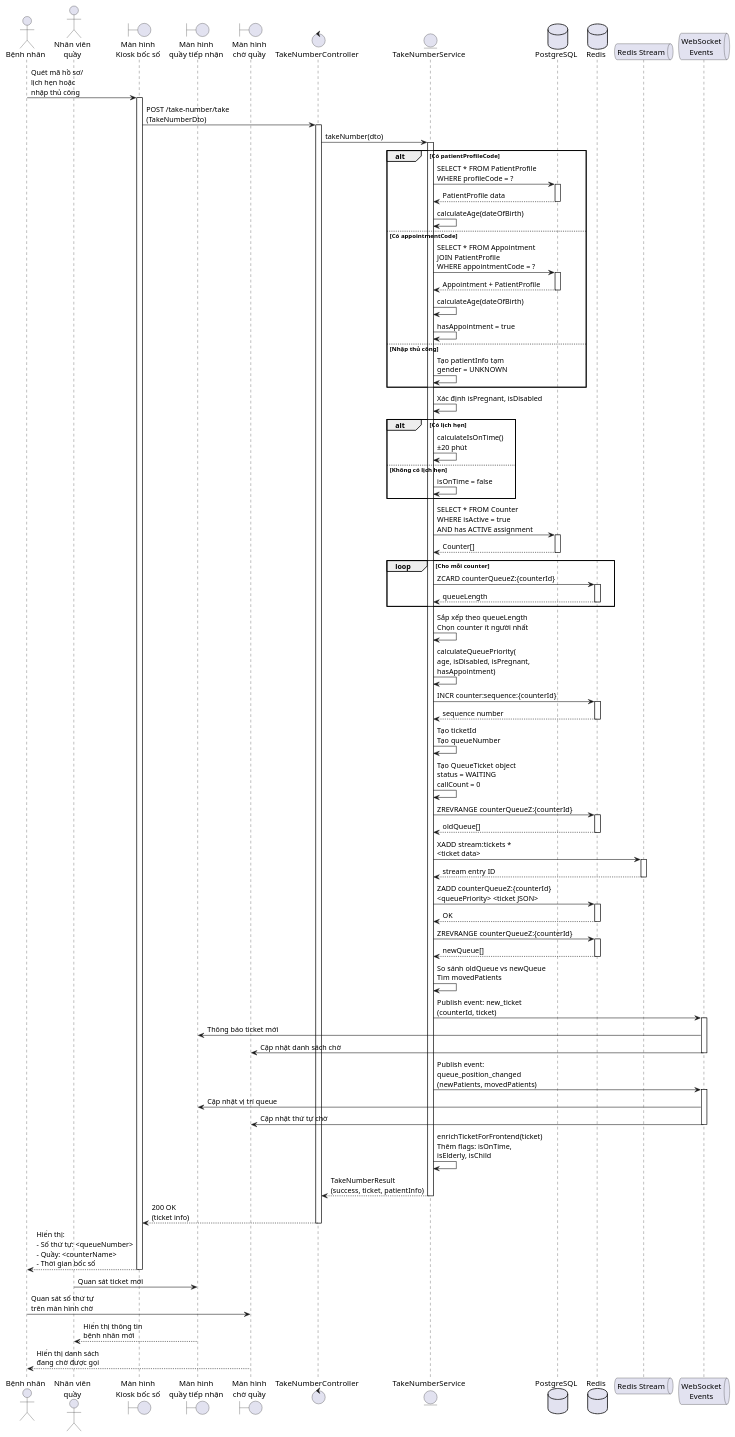
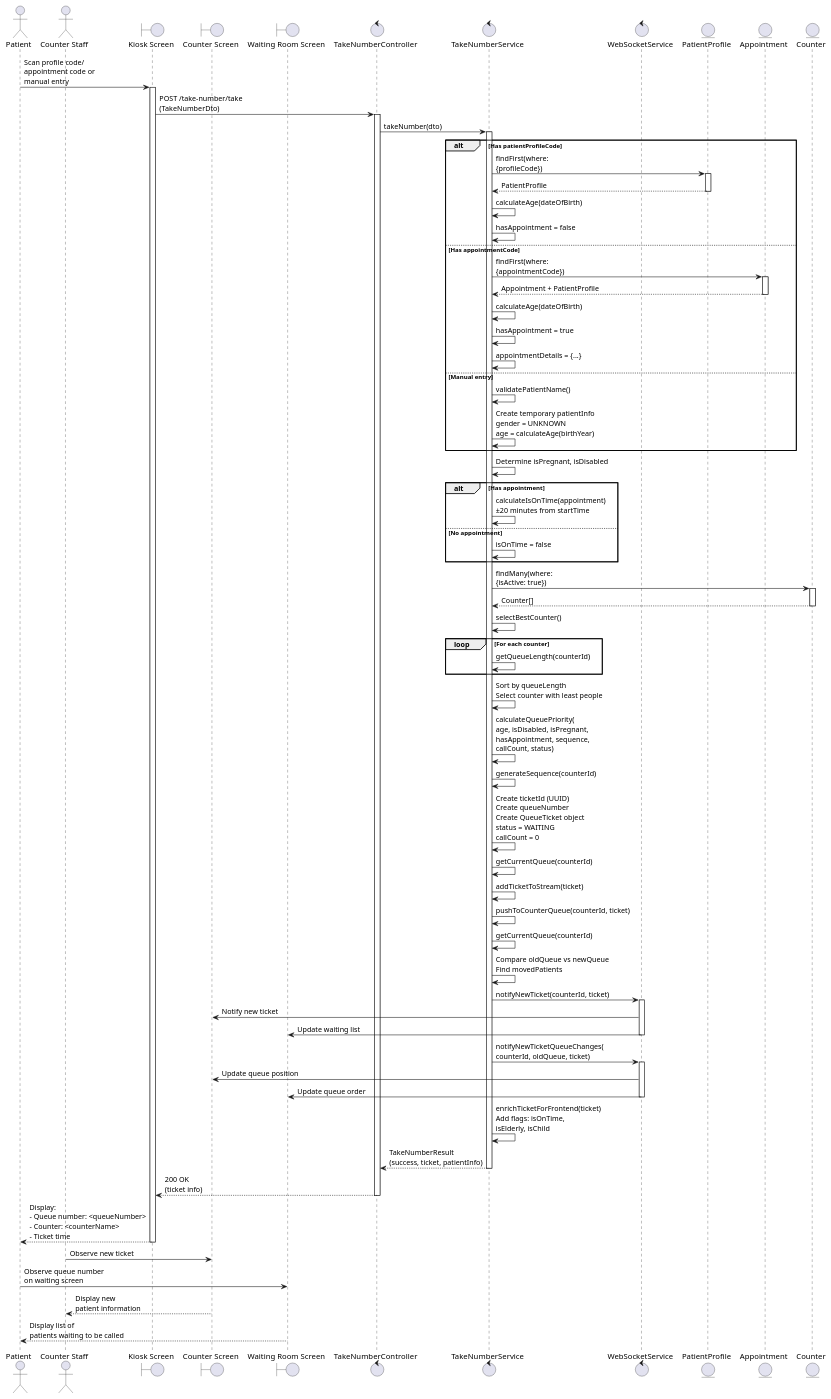
The diagram in docs/take-number-sequence.puml (iamKhang/revita-be), drawn with PlantUML before and after one commit. The commit also changed 2 other files, not shown here.

Commit message:
feat: Refactor take number sequence diagram and enhance patient profile handling - Updated actor and boundary names for clarity in the take number sequence diagram. - Refactored service interactions to improve patient profile and appointment handling. - Added new entities and streamlined queue management logic. - Introduced a new patient profile sequence diagram for better visualization of patient interactions.

```diff
--- a/docs/take-number-sequence.puml
+++ b/docs/take-number-sequence.puml
@@ -1,135 +1,115 @@
 @startuml take-number-sequence
 
-actor "Bệnh nhân" as Patient
-actor "Nhân viên\nquầy" as Staff
+actor "Patient" as Patient
+actor "Counter Staff" as Staff
 
-boundary "Màn hình\nKiosk bốc số" as KioskUI
-boundary "Màn hình\nquầy tiếp nhận" as CounterUI
-boundary "Màn hình\nchờ quầy" as WaitingUI
+boundary "Kiosk Screen" as KioskUI
+boundary "Counter Screen" as CounterUI
+boundary "Waiting Room Screen" as WaitingUI
 
 control "TakeNumberController" as Controller
-entity "TakeNumberService" as Service
-database "PostgreSQL" as DB
-database "Redis" as Redis
-queue "Redis Stream" as Stream
-queue "WebSocket\nEvents" as WS
+control "TakeNumberService" as Service
+control "WebSocketService" as WS
+entity "PatientProfile" as PatientProfile
+entity "Appointment" as Appointment
+entity "Counter" as Counter
 
-
-Patient -> KioskUI: Quét mã hồ sơ/\nlịch hẹn hoặc\nnhập thủ công
+Patient -> KioskUI: Scan profile code/\nappointment code or\nmanual entry
 activate KioskUI
 
 KioskUI -> Controller: POST /take-number/take\n(TakeNumberDto)
 activate Controller
 
 Controller -> Service: takeNumber(dto)
 activate Service
 
-
-alt Có patientProfileCode
-    Service -> DB: SELECT * FROM PatientProfile\nWHERE profileCode = ?
-    activate DB
-    DB --> Service: PatientProfile data
-    deactivate DB
+alt Has patientProfileCode
+    Service -> PatientProfile: findFirst(where:\n{profileCode})
+    activate PatientProfile
+    PatientProfile --> Service: PatientProfile
+    deactivate PatientProfile
     Service -> Service: calculateAge(dateOfBirth)
+    Service -> Service: hasAppointment = false
     
-else Có appointmentCode
-    Service -> DB: SELECT * FROM Appointment\nJOIN PatientProfile\nWHERE appointmentCode = ?
-    activate DB
-    DB --> Service: Appointment + PatientProfile
-    deactivate DB
+else Has appointmentCode
+    Service -> Appointment: findFirst(where:\n{appointmentCode})
+    activate Appointment
+    Appointment --> Service: Appointment + PatientProfile
+    deactivate Appointment
     Service -> Service: calculateAge(dateOfBirth)
     Service -> Service: hasAppointment = true
+    Service -> Service: appointmentDetails = {...}
     
-else Nhập thủ công
-    Service -> Service: Tạo patientInfo tạm\ngender = UNKNOWN
+else Manual entry
+    Service -> Service: validatePatientName()
+    Service -> Service: Create temporary patientInfo\ngender = UNKNOWN\nage = calculateAge(birthYear)
 end
 
+Service -> Service: Determine isPregnant, isDisabled
 
-Service -> Service: Xác định isPregnant, isDisabled
-
-alt Có lịch hẹn
-    Service -> Service: calculateIsOnTime()\n±20 phút
-else Không có lịch hẹn
+alt Has appointment
+    Service -> Service: calculateIsOnTime(appointment)\n±20 minutes from startTime
+else No appointment
     Service -> Service: isOnTime = false
 end
 
-Service -> DB: SELECT * FROM Counter\nWHERE isActive = true\nAND has ACTIVE assignment
-activate DB
-DB --> Service: Counter[]
-deactivate DB
+Service -> Counter: findMany(where:\n{isActive: true})
+activate Counter
+Counter --> Service: Counter[]
+deactivate Counter
 
-loop Cho mỗi counter
-    Service -> Redis: ZCARD counterQueueZ:{counterId}
-    activate Redis
-    Redis --> Service: queueLength
-    deactivate Redis
+Service -> Service: selectBestCounter()
+
+loop For each counter
+    Service -> Service: getQueueLength(counterId)
 end
 
-Service -> Service: Sắp xếp theo queueLength\nChọn counter ít người nhất
+Service -> Service: Sort by queueLength\nSelect counter with least people
 
-Service -> Service: calculateQueuePriority(\nage, isDisabled, isPregnant,\nhasAppointment)
+Service -> Service: calculateQueuePriority(\nage, isDisabled, isPregnant,\nhasAppointment, sequence,\ncallCount, status)
 
-Service -> Redis: INCR counter:sequence:{counterId}
-activate Redis
-Redis --> Service: sequence number
-deactivate Redis
+Service -> Service: generateSequence(counterId)
 
-Service -> Service: Tạo ticketId\nTạo queueNumber
+Service -> Service: Create ticketId (UUID)\nCreate queueNumber\nCreate QueueTicket object\nstatus = WAITING\ncallCount = 0
 
-Service -> Service: Tạo QueueTicket object\nstatus = WAITING\ncallCount = 0
+Service -> Service: getCurrentQueue(counterId)
 
+Service -> Service: addTicketToStream(ticket)
 
-Service -> Redis: ZREVRANGE counterQueueZ:{counterId}
-activate Redis
-Redis --> Service: oldQueue[]
-deactivate Redis
+Service -> Service: pushToCounterQueue(counterId, ticket)
 
+Service -> Service: getCurrentQueue(counterId)
 
-Service -> Stream: XADD stream:tickets *\n<ticket data>
-activate Stream
-Stream --> Service: stream entry ID
-deactivate Stream
+Service -> Service: Compare oldQueue vs newQueue\nFind movedPatients
 
-Service -> Redis: ZADD counterQueueZ:{counterId}\n<queuePriority> <ticket JSON>
-activate Redis
-Redis --> Service: OK
-deactivate Redis
-Service -> Redis: ZREVRANGE counterQueueZ:{counterId}
-activate Redis
-Redis --> Service: newQueue[]
-deactivate Redis
-
-Service -> Service: So sánh oldQueue vs newQueue\nTìm movedPatients
-
-Service -> WS: Publish event: new_ticket\n(counterId, ticket)
+Service -> WS: notifyNewTicket(counterId, ticket)
 activate WS
-WS -> CounterUI: Thông báo ticket mới
-WS -> WaitingUI: Cập nhật danh sách chờ
+WS -> CounterUI: Notify new ticket
+WS -> WaitingUI: Update waiting list
 deactivate WS
 
-Service -> WS: Publish event:\nqueue_position_changed\n(newPatients, movedPatients)
+Service -> WS: notifyNewTicketQueueChanges(\ncounterId, oldQueue, ticket)
 activate WS
-WS -> CounterUI: Cập nhật vị trí queue
-WS -> WaitingUI: Cập nhật thứ tự chờ
+WS -> CounterUI: Update queue position
+WS -> WaitingUI: Update queue order
 deactivate WS
 
-
-Service -> Service: enrichTicketForFrontend(ticket)\nThêm flags: isOnTime,\nisElderly, isChild
+Service -> Service: enrichTicketForFrontend(ticket)\nAdd flags: isOnTime,\nisElderly, isChild
 
 Service --> Controller: TakeNumberResult\n(success, ticket, patientInfo)
 deactivate Service
 
 Controller --> KioskUI: 200 OK\n(ticket info)
 deactivate Controller
 
-KioskUI --> Patient: Hiển thị:\n- Số thứ tự: <queueNumber>\n- Quầy: <counterName>\n- Thời gian bốc số
+KioskUI --> Patient: Display:\n- Queue number: <queueNumber>\n- Counter: <counterName>\n- Ticket time
 deactivate KioskUI
 
-Staff -> CounterUI: Quan sát ticket mới
-Patient -> WaitingUI: Quan sát số thứ tự\ntrên màn hình chờ
+Staff -> CounterUI: Observe new ticket
+Patient -> WaitingUI: Observe queue number\non waiting screen
 
-CounterUI --> Staff: Hiển thị thông tin\nbệnh nhân mới
+CounterUI --> Staff: Display new\npatient information
 
-WaitingUI --> Patient: Hiển thị danh sách\nđang chờ được gọi
+WaitingUI --> Patient: Display list of\npatients waiting to be called
 
 @enduml
```
